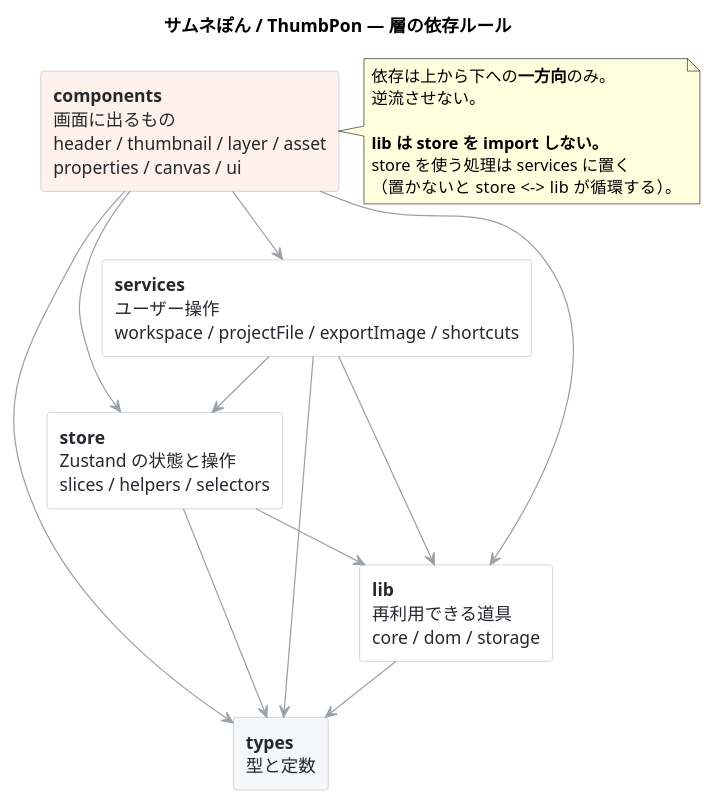
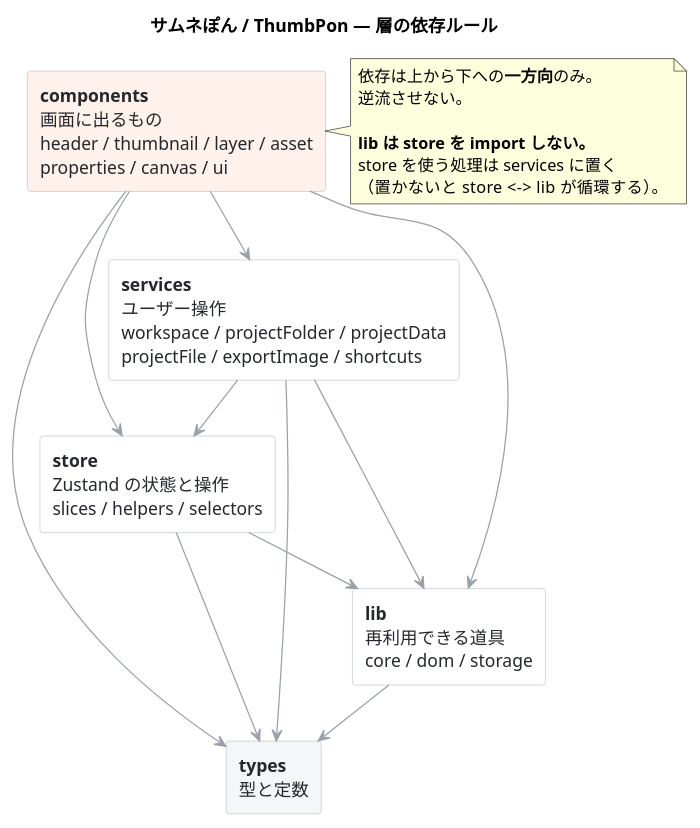
The diagram in docs/uml/layers.puml (plasmo310/react-thumbpon), drawn with PlantUML before and after one commit. The commit also changed 28 other files, not shown here.

```diff
--- a/docs/uml/layers.puml
+++ b/docs/uml/layers.puml
@@ -1,50 +1,50 @@
 @startuml layers
 ' サムネぽん / ThumbPon — 層の依存ルール（最も粗い全体像）
 ' パッケージ単位の詳細は package-dependencies.puml を参照
 ' エイリアスに header / storage / node などの PlantUML 予約語を使わないこと
 ' （行頭に来るとコマンドとして解釈され、その依存が黙って消える）
 
 title サムネぽん / ThumbPon — 層の依存ルール
 
 skinparam backgroundColor #FFFFFF
 skinparam shadowing false
 skinparam defaultFontName "Hiragino Sans"
 skinparam nodesep 20
 skinparam ranksep 45
 skinparam ArrowColor #9AA1A9
 skinparam rectangle {
   BorderColor #B9C0C8
   BackgroundColor #FFFFFF
   FontColor #25282D
 }
 
 rectangle "**components**\n画面に出るもの\nheader / thumbnail / layer / asset\nproperties / canvas / ui" as lComponents #FFF1EB
-rectangle "**services**\nユーザー操作\nworkspace / projectFile / exportImage / shortcuts" as lServices
+rectangle "**services**\nユーザー操作\nworkspace / projectFolder / projectData\nprojectFile / exportImage / shortcuts" as lServices
 rectangle "**store**\nZustand の状態と操作\nslices / helpers / selectors" as lStore
 rectangle "**lib**\n再利用できる道具\ncore / dom / storage" as lLib
 rectangle "**types**\n型と定数" as lTypes #F5F6F8
 
 lComponents -down-> lServices
 lComponents -down-> lStore
 lComponents -down-> lLib
 lComponents -down-> lTypes
 
 lServices -down-> lStore
 lServices -down-> lLib
 lServices -down-> lTypes
 
 lStore -down-> lLib
 lStore -down-> lTypes
 
 lLib -down-> lTypes
 
 note right of lComponents
   依存は上から下への**一方向**のみ。
   逆流させない。
 
   **lib は store を import しない。**
   store を使う処理は services に置く
   （置かないと store <-> lib が循環する）。
 end note
 
 @enduml
```
